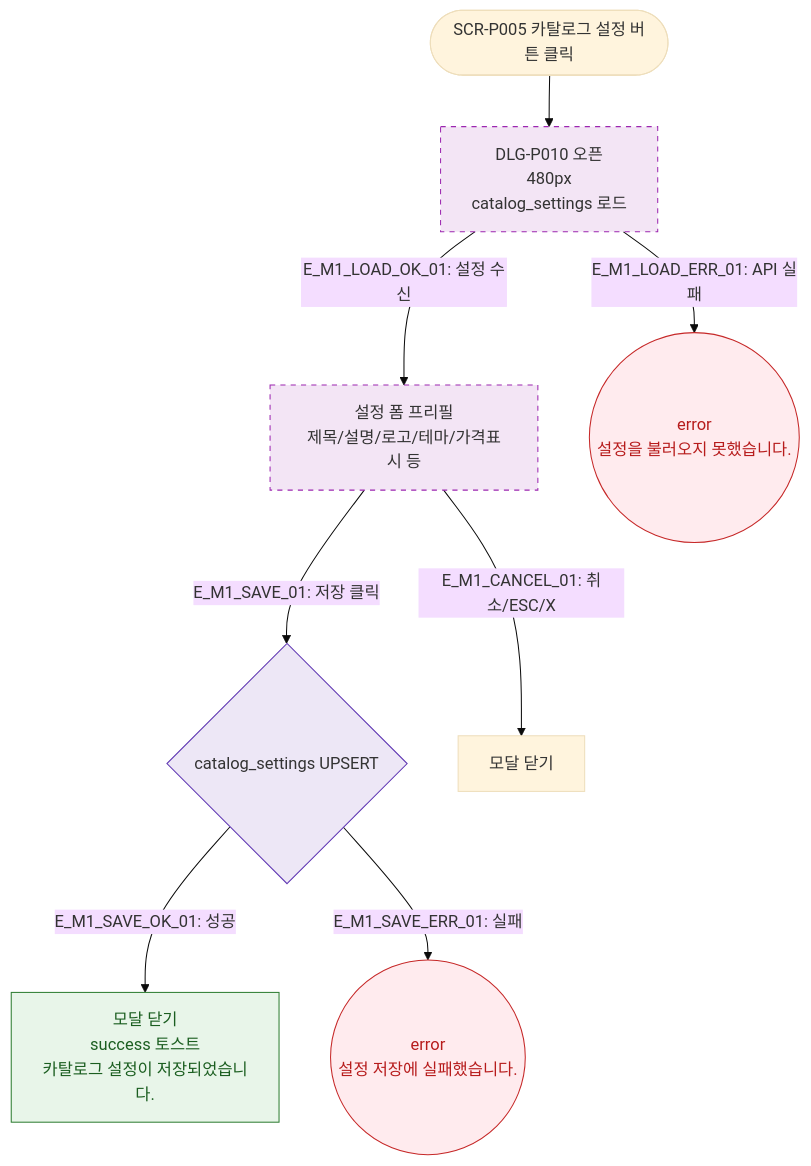
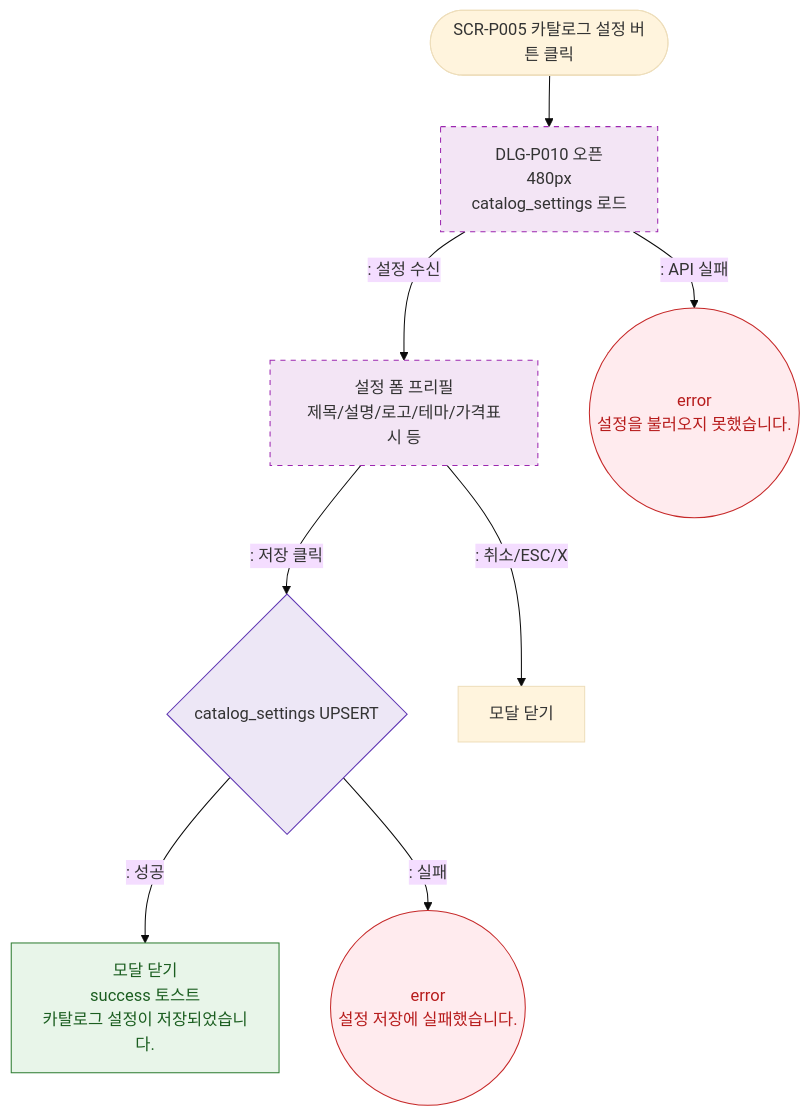
Before and after one commit to dev-spogym/admin-pando: the diagram in docs/다이어그램/D05_상품관리/DLG/DLG-P010_카탈로그설정/M1_모달생명주기.md, drawn with Mermaid (base theme). The commit also changed other lines of this file and 1660 other files, not shown here.

First line of the commit message:
다이어그램: 기획자/클라이언트 납품본으로 정리

````diff
--- a/docs/다이어그램/D05_상품관리/DLG/DLG-P010_카탈로그설정/M1_모달생명주기.md
+++ b/docs/다이어그램/D05_상품관리/DLG/DLG-P010_카탈로그설정/M1_모달생명주기.md
@@ -16,21 +14,21 @@
 ```mermaid
 flowchart TD
     TRIGGER([SCR-P005 카탈로그 설정 버튼 클릭]) --> OpenModal[DLG-P010 오픈\n480px\ncatalog_settings 로드]
-    OpenModal -->|"E_M1_LOAD_OK_01: 설정 수신"| Ready[설정 폼 프리필\n제목/설명/로고/테마/가격표시 등]
-    OpenModal -->|"E_M1_LOAD_ERR_01: API 실패"| LoadErr((error\n설정을 불러오지 못했습니다.))
+    OpenModal -->|": 설정 수신"|Ready[설정 폼 프리필\n제목/설명/로고/테마/가격표시 등]
+    OpenModal -->|": API 실패"|LoadErr((error\n설정을 불러오지 못했습니다.))
 
-    Ready -->|"E_M1_SAVE_01: 저장 클릭"| SaveAPI{catalog_settings UPSERT}
-    SaveAPI -->|"E_M1_SAVE_OK_01: 성공"| CloseSuccess[모달 닫기\nsuccess 토스트\n카탈로그 설정이 저장되었습니다.]
-    SaveAPI -->|"E_M1_SAVE_ERR_01: 실패"| SaveErr((error\n설정 저장에 실패했습니다.))
+    Ready -->|": 저장 클릭"|SaveAPI{catalog_settings UPSERT}
+    SaveAPI -->|": 성공"|CloseSuccess[모달 닫기\nsuccess 토스트\n카탈로그 설정이 저장되었습니다.]
+    SaveAPI -->|": 실패"|SaveErr((error\n설정 저장에 실패했습니다.))
 
-    Ready -->|"E_M1_CANCEL_01: 취소/ESC/X"| Closed[모달 닫기]
+    Ready -->|": 취소/ESC/X"|Closed[모달 닫기]
 
     classDef newFeature fill:#F3E5F5,stroke:#9C27B0,stroke-dasharray:5 5
     classDef success fill:#E8F5E9,stroke:#2E7D32,color:#1B5E20
     classDef error fill:#FFEBEE,stroke:#C62828,color:#B71C1C
     classDef system fill:#EDE7F6,stroke:#5E35B2
     class OpenModal,Ready newFeature
     class CloseSuccess success
     class LoadErr,SaveErr error
     class SaveAPI system
 ```
````
